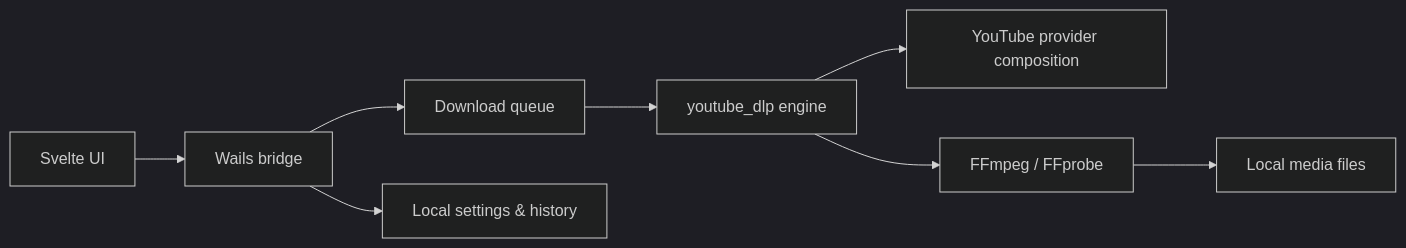
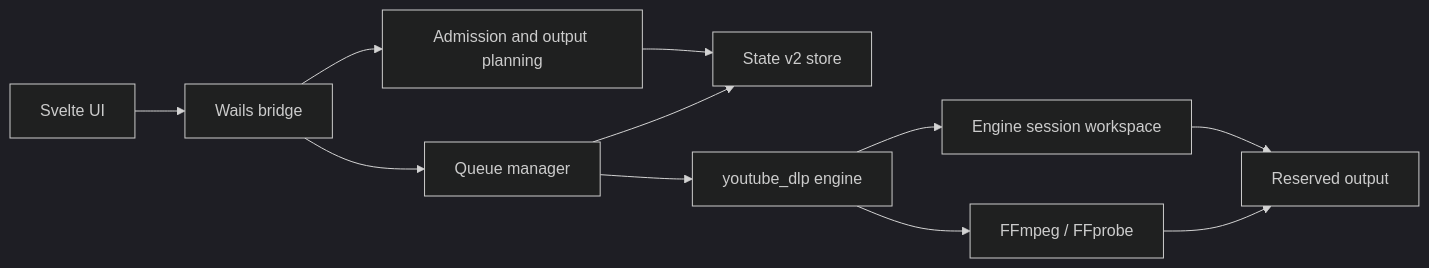
The diagram in README.md (tejasa97/vidstow), drawn with Mermaid (dark theme) before and after one commit. The commit also changed other lines of this file and 8 other files, not shown here.

````diff
--- a/README.md
+++ b/README.md
@@ -135,10 +164,13 @@
 ```mermaid
 flowchart LR
     UI["Svelte UI"] --> Bridge["Wails bridge"]
-    Bridge --> Queue["Download queue"]
-    Bridge --> Store["Local settings & history"]
-    Queue --> Engine["youtube_dlp engine"]
-    Engine --> Provider["YouTube provider composition"]
+    Bridge --> Admission["Admission and output planning"]
+    Bridge --> Manager["Queue manager"]
+    Admission --> State["State v2 store"]
+    Manager --> State
+    Manager --> Engine["youtube_dlp engine"]
+    Engine --> Session["Engine session workspace"]
     Engine --> FFmpeg["FFmpeg / FFprobe"]
-    FFmpeg --> Files["Local media files"]
+    Session --> Output["Reserved output"]
+    FFmpeg --> Output
 ```
````
